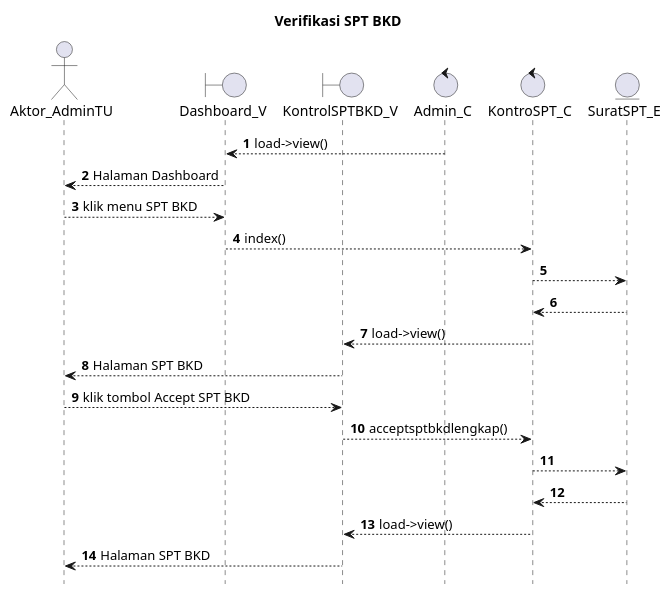
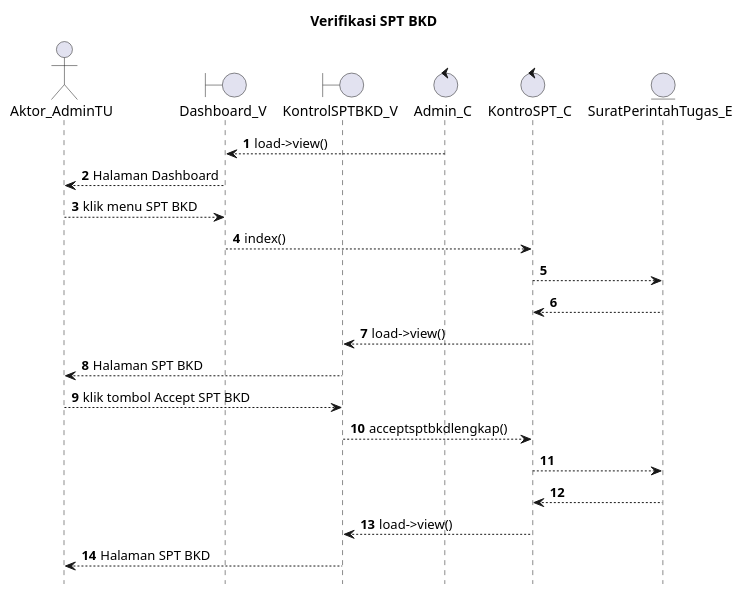
One commit to kurniado729/sistem_kp changed the diagram in UML/admin tu/VerifikasiSPTBKD.puml. Above: the diagram before and after it, drawn with PlantUML. The commit also changed 44 other files, not shown here.

Commit message:
uml pemberitahuan

```diff
--- a/UML/admin tu/VerifikasiSPTBKD.puml
+++ b/UML/admin tu/VerifikasiSPTBKD.puml
@@ -1,32 +1,32 @@
 @startuml
 
 autonumber
 hide footbox
 title Verifikasi SPT BKD
 
 Actor Aktor_AdminTU
 boundary Dashboard_V
 boundary KontrolSPTBKD_V
 control Admin_C
 control KontroSPT_C
-Entity SuratSPT_E
+Entity SuratPerintahTugas_E
 
 Admin_C --> Dashboard_V: load->view()
 Dashboard_V --> Aktor_AdminTU: Halaman Dashboard
 Aktor_AdminTU --> Dashboard_V: klik menu SPT BKD
 Dashboard_V --> KontroSPT_C: index()
-KontroSPT_C --> SuratSPT_E:
+KontroSPT_C --> SuratPerintahTugas_E:
     
-    SuratSPT_E --> KontroSPT_C:
+    SuratPerintahTugas_E --> KontroSPT_C:
     KontroSPT_C --> KontrolSPTBKD_V: load->view()
     KontrolSPTBKD_V --> Aktor_AdminTU: Halaman SPT BKD
 
 Aktor_AdminTU --> KontrolSPTBKD_V: klik tombol Accept SPT BKD
 KontrolSPTBKD_V --> KontroSPT_C: acceptsptbkdlengkap()
-KontroSPT_C --> SuratSPT_E:
+KontroSPT_C --> SuratPerintahTugas_E:
    
-    SuratSPT_E --> KontroSPT_C:
+    SuratPerintahTugas_E --> KontroSPT_C:
     KontroSPT_C --> KontrolSPTBKD_V: load->view()
     KontrolSPTBKD_V --> Aktor_AdminTU: Halaman SPT BKD
 
 @enduml
```
